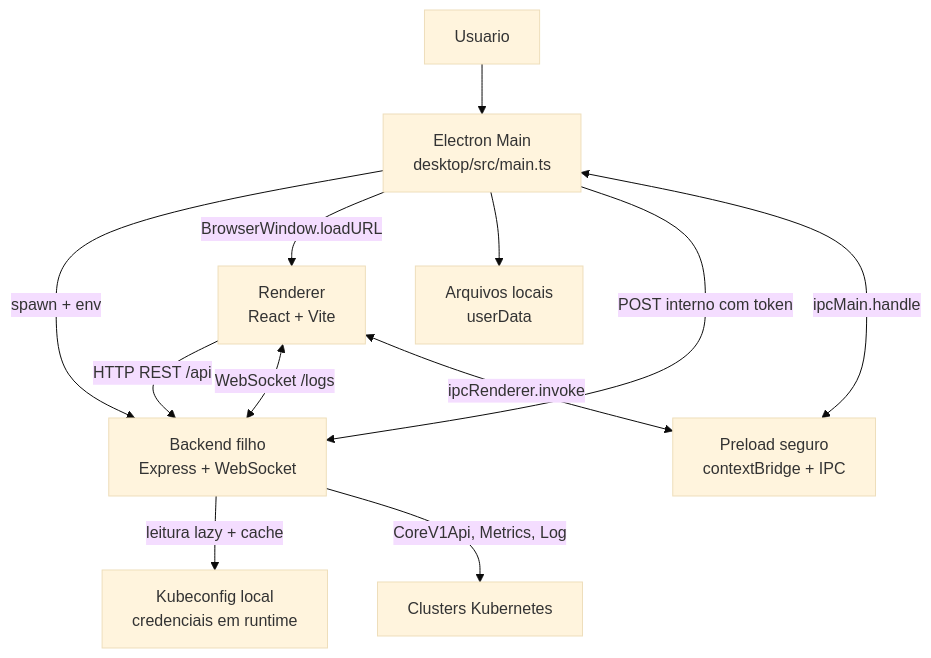
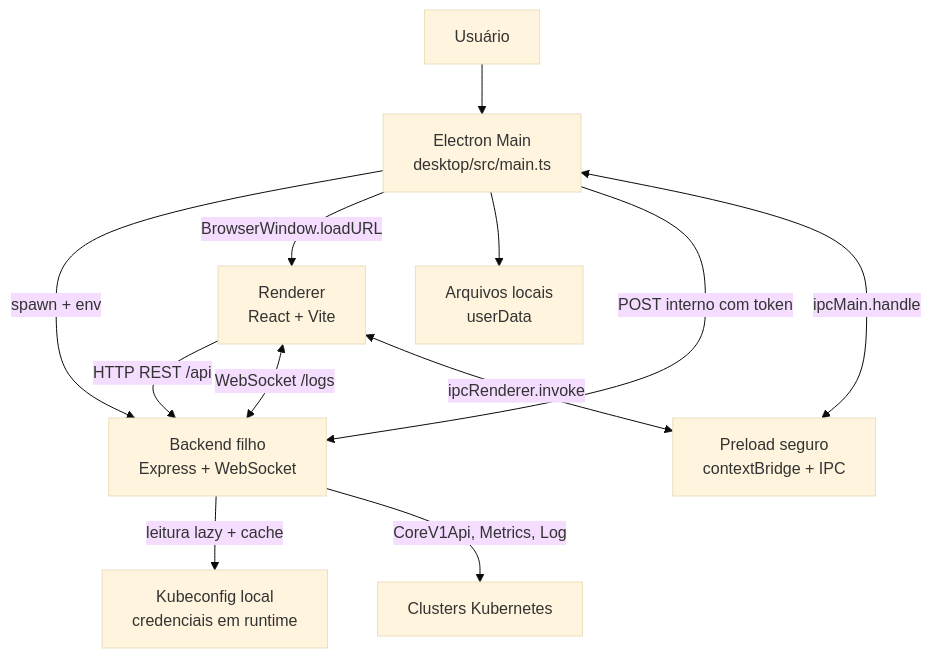
One commit to idd-galcantara/ops-flow changed the first of 2 diagrams in TECH-DEFINITION.md. Above: the diagram before and after it, drawn with Mermaid (base theme). The commit also changed other lines of this file, not shown here.

````diff
--- a/TECH-DEFINITION.md
+++ b/TECH-DEFINITION.md
@@ -43,23 +43,23 @@
 ```mermaid
 flowchart TB
-  User[Usuario]
+  User[Usuário]
   Main[Electron Main\ndesktop/src/main.ts]
   Preload[Preload seguro\ncontextBridge + IPC]
   Renderer[Renderer\nReact + Vite]
   Backend[Backend filho\nExpress + WebSocket]
   KubeConfig[Kubeconfig local\ncredenciais em runtime]
   Kubernetes[Clusters Kubernetes]
   Files[Arquivos locais\nuserData]
 
   User --> Main
   Main -->|spawn + env| Backend
   Main -->|BrowserWindow.loadURL| Renderer
   Renderer -->|HTTP REST /api| Backend
   Renderer <-->|WebSocket /logs| Backend
   Renderer <-->|ipcRenderer.invoke| Preload
   Preload <-->|ipcMain.handle| Main
   Main --> Files
   Main -->|POST interno com token| Backend
   Backend -->|leitura lazy + cache| KubeConfig
   Backend -->|CoreV1Api, Metrics, Log| Kubernetes
 ```
````
